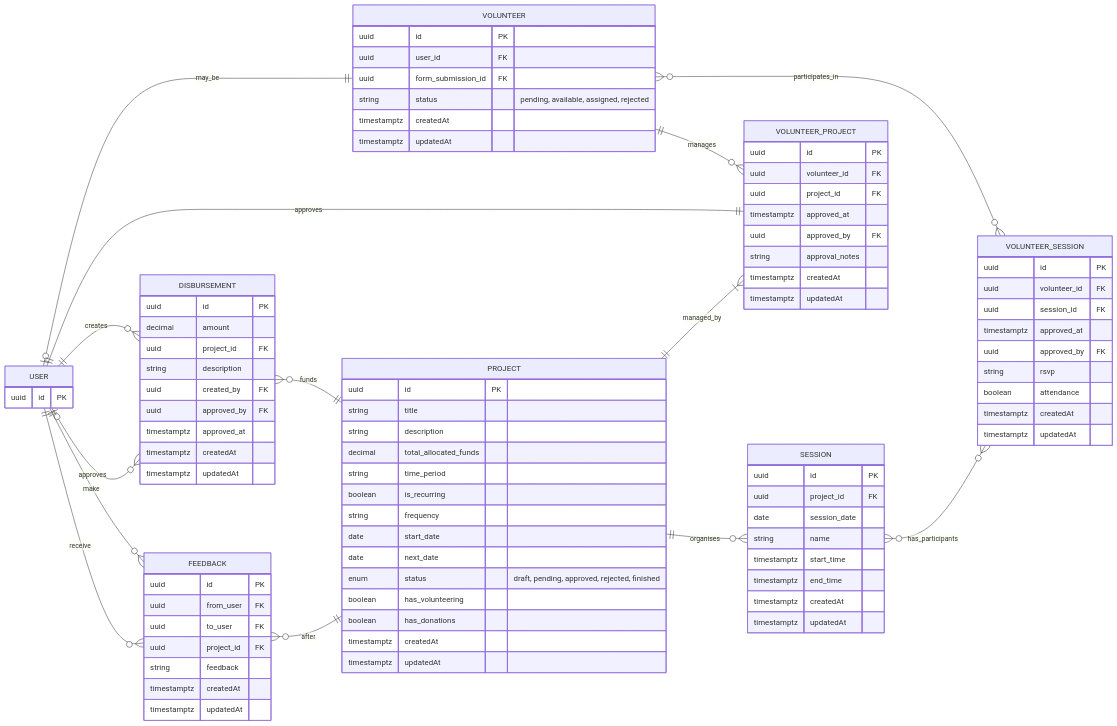
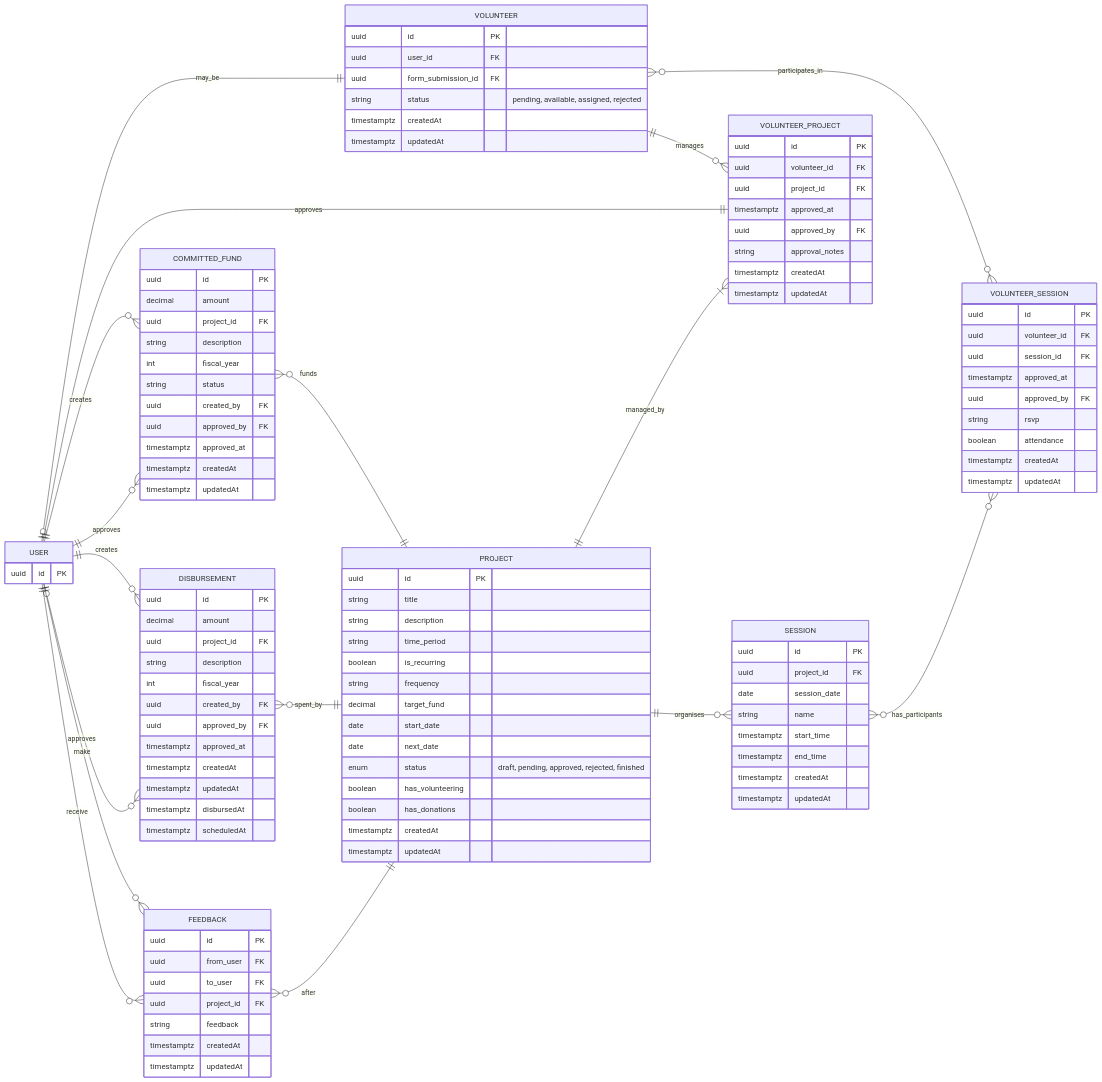
Before and after one commit to SiloamXperience-DG-AY2526/backend: the diagram in docs/db-schema/volunteer-ms-schema.md, drawn with Mermaid. The commit also changed 29 other files, not shown here.

```diff
--- a/docs/db-schema/volunteer-ms-schema.md
+++ b/docs/db-schema/volunteer-ms-schema.md
@@ -28,9 +28,12 @@
     PROJECT ||--|{ VOLUNTEER_PROJECT : managed_by
     PROJECT ||--o{ SESSION : organises
     USER ||--|| VOLUNTEER_PROJECT : approves
+    USER ||--o{ COMMITTED_FUND : creates
+    USER ||--o{ COMMITTED_FUND : approves
+    COMMITTED_FUND }o--|| PROJECT : funds
     USER ||--o{ DISBURSEMENT : creates
     USER |o--o{ DISBURSEMENT : approves
-    DISBURSEMENT }o--|| PROJECT : funds
+    DISBURSEMENT }o--|| PROJECT : spent_by
     USER ||--o{ FEEDBACK : make
     USER ||--o{ FEEDBACK : receive
     FEEDBACK }o--|| PROJECT : after
@@ -82,10 +85,10 @@
         uuid id PK
         string title
         string description
-        decimal total_allocated_funds
         string time_period
         boolean is_recurring
         string frequency
+        decimal target_fund
         date start_date
         date next_date
         enum status "draft, pending, approved, rejected, finished"
@@ -94,16 +97,32 @@
         timestamptz createdAt
         timestamptz updatedAt
     }
+    COMMITTED_FUND {
+        uuid id PK
+        decimal amount
+        uuid project_id FK
+        string description
+        int fiscal_year
+        string status
+        uuid created_by FK
+        uuid approved_by FK
+        timestamptz approved_at
+        timestamptz createdAt
+        timestamptz updatedAt
+    }
     DISBURSEMENT {
         uuid id PK
         decimal amount
         uuid project_id FK
         string description
+        int fiscal_year
         uuid created_by FK
         uuid approved_by FK
         timestamptz approved_at
         timestamptz createdAt
         timestamptz updatedAt
+        timestamptz disbursedAt
+        timestamptz scheduledAt
     }
     FEEDBACK {
         uuid id PK
```
